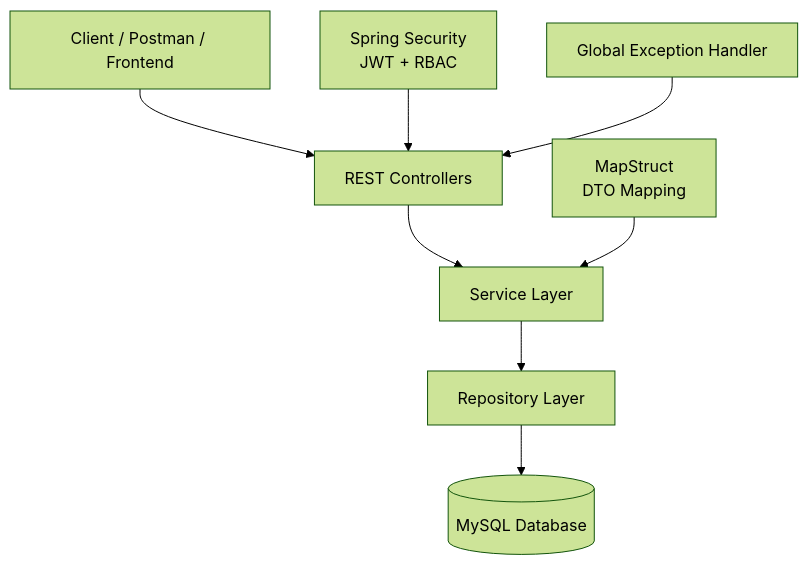
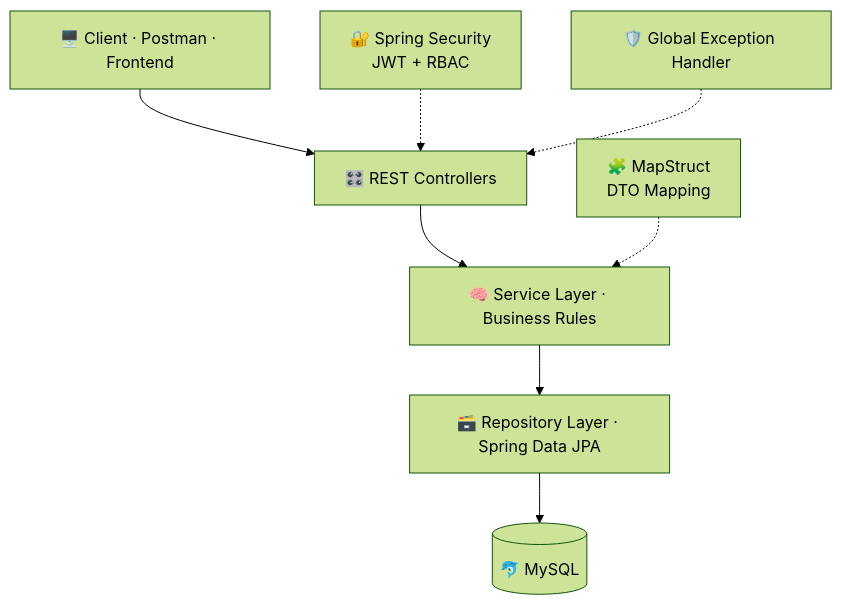
One commit to Sahil2u47/smart_parking_system changed the first of 12 diagrams in README.md. Above: the diagram before and after it, drawn with Mermaid (forest theme). The commit also changed other lines of this file, not shown here.

````diff
--- a/README.md
+++ b/README.md
@@ -100,17 +142,14 @@
 ```mermaid
 flowchart TB
-    A[Client / Postman / Frontend]
-    B[REST Controllers]
-    C[Service Layer]
-    D[Repository Layer]
-    E[(MySQL Database)]
+    A["🖥️ Client · Postman · Frontend"]
+    B["🎛️ REST Controllers"]
+    C["🧠 Service Layer · Business Rules"]
+    D["🗃️ Repository Layer · Spring Data JPA"]
+    E[("🐬 MySQL")]
 
-    A --> B
-    B --> C
-    C --> D
-    D --> E
+    A --> B --> C --> D --> E
 
-    S[Spring Security<br/>JWT + RBAC] --> B
-    M[MapStruct<br/>DTO Mapping] --> C
-    X[Global Exception Handler] --> B
+    S["🔐 Spring Security<br/>JWT + RBAC"] -.-> B
+    M["🧩 MapStruct<br/>DTO Mapping"] -.-> C
+    X["🛡️ Global Exception Handler"] -.-> B
 ```
````
